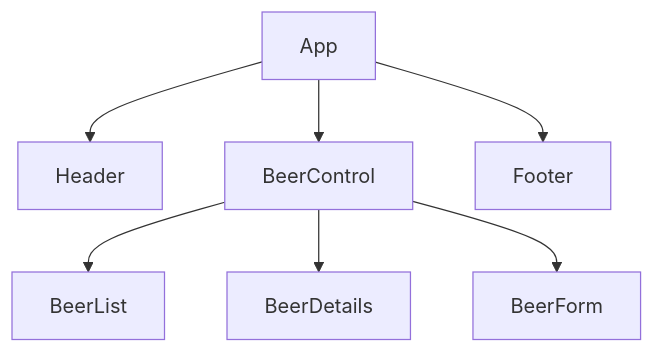
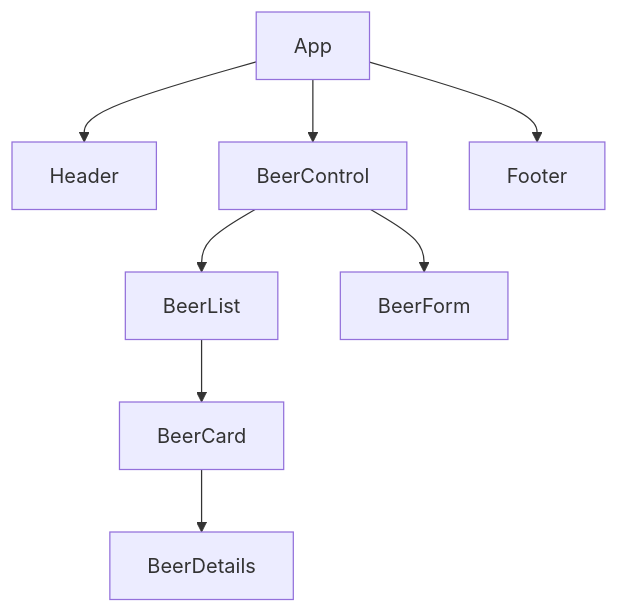
One commit to wjwat/tap-room-react changed the diagram in README.md. Above: the diagram before and after it, drawn with Mermaid. The commit also changed other lines of this file, not shown here.

````diff
--- a/README.md
+++ b/README.md
@@ -3,9 +17,10 @@
 ```mermaid
 graph TD
     a[App] --> y[Header]
     a --> b[BeerControl]
     a --> z[Footer]
     b --> c[BeerList]
-    b --> d[BeerDetails]
-    b --> e[BeerForm]
+    c --> d[BeerCard]
+    d --> e[BeerDetails]
+    b --> f[BeerForm]
 ```
````
